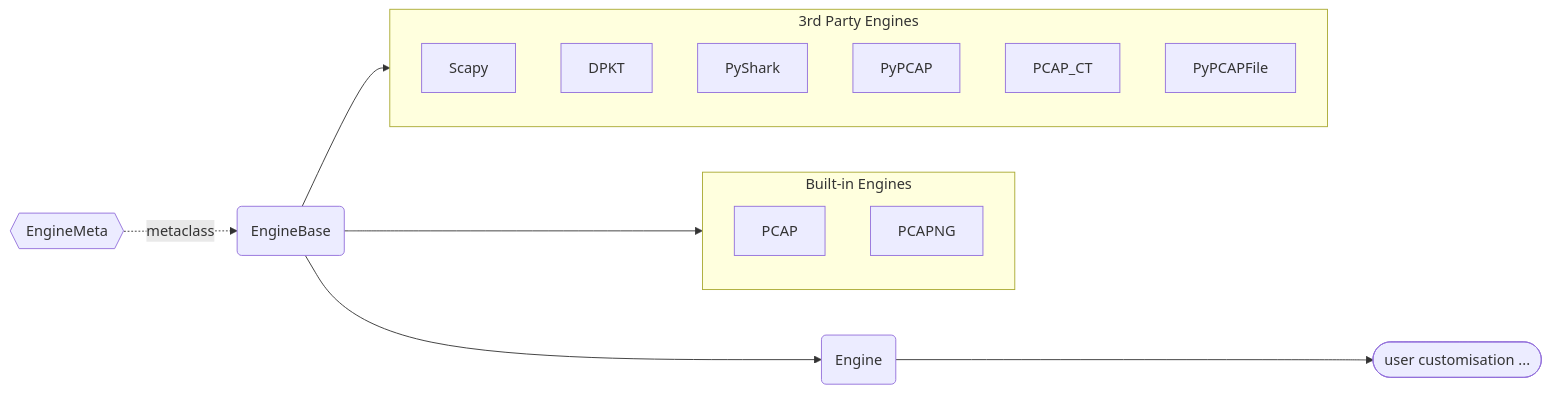
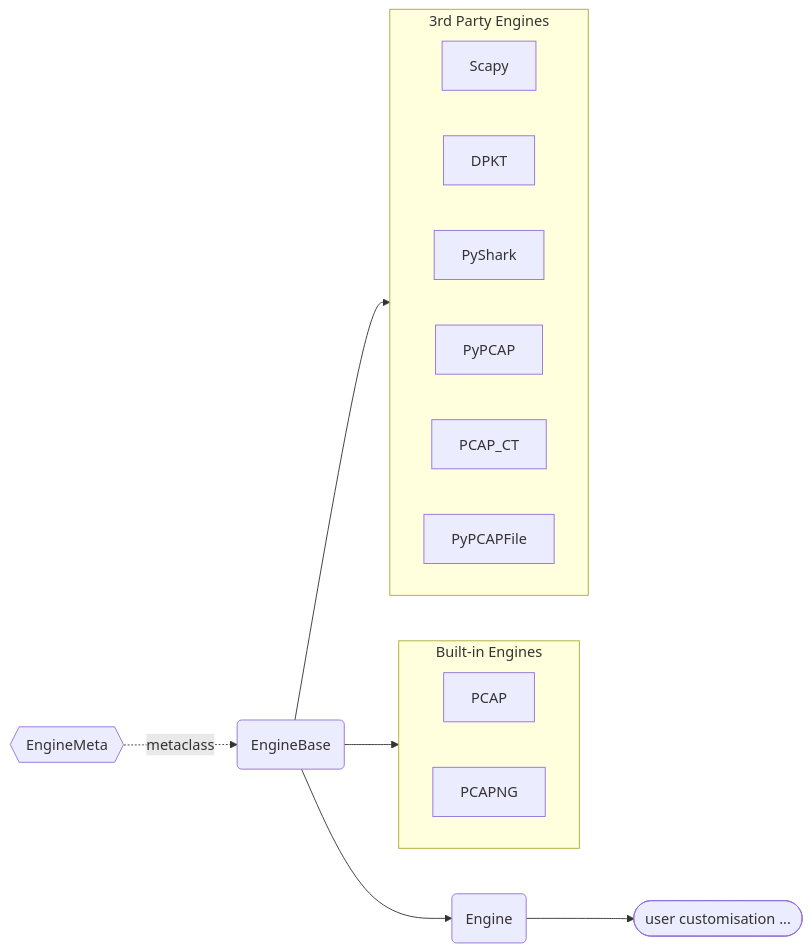
Before and after one commit to JarryShaw/PyPCAPKit: the diagram in docs/source/pcapkit/foundation/engines/index.rst, drawn with Mermaid. The commit also changed 12 other files, not shown here.

First line of the commit message:
docs: make the mermaid diagrams readable

```diff
--- a/docs/source/pcapkit/foundation/engines/index.rst
+++ b/docs/source/pcapkit/foundation/engines/index.rst
@@ -29,42 +29,42 @@
 .. mermaid::
 
    flowchart LR
        A{{EngineMeta}} -.->|metaclass| B(EngineBase)
 
        subgraph built-in [Built-in Engines]
-           %% direction TD
+           direction LR
 
            PCAP
            PCAPNG
        end
        B --> built-in
 
        subgraph third-party [3rd Party Engines]
-           %% direction TD
+           direction LR
 
            Scapy
            DPKT
            PyShark
            PyPCAP
            PCAP_CT
            PyPCAPFile
        end
        B --> third-party
 
        B --> C(Engine)
        C --> D([user customisation ...])
 
-       click A "/pcapkit/foundation/engines/engine.html#pcapkit.foundation.engines.engine.EngineMeta"
-       click B "/pcapkit/foundation/engines/engine.html#pcapkit.foundation.engines.engine.EngineBase"
-       click C "/pcapkit/foundation/engines/engine.html#pcapkit.foundation.engines.engine.Engine"
-       click D "/ext.html#extractor-engines"
+       click A "engine.html#pcapkit.foundation.engines.engine.EngineMeta"
+       click B "engine.html#pcapkit.foundation.engines.engine.EngineBase"
+       click C "engine.html#pcapkit.foundation.engines.engine.Engine"
+       click D "../../../ext.html#extractor-engines"
 
-       click PCAP "/pcapkit/foundation/engines/builtin.html#pcapkit.foundation.engines.pcap.PCAP"
-       click PCAPNG "/pcapkit/foundation/engines/builtin.html#pcapkit.foundation.engines.pcapng.PCAPNG"
+       click PCAP "builtin.html#pcapkit.foundation.engines.pcap.PCAP"
+       click PCAPNG "builtin.html#pcapkit.foundation.engines.pcapng.PCAPNG"
 
-       click Scapy "/pcapkit/foundation/engines/3rdparty.html#pcapkit.foundation.engines.scapy.Scapy"
-       click DPKT "/pcapkit/foundation/engines/3rdparty.html#pcapkit.foundation.engines.dpkt.DPKT"
-       click PyShark "/pcapkit/foundation/engines/3rdparty.html#pcapkit.foundation.engines.pyshark.PyShark"
-       click PyPCAP "/pcapkit/foundation/engines/3rdparty.html#pcapkit.foundation.engines.pypcap.PyPCAP"
-       click PCAP_CT "/pcapkit/foundation/engines/3rdparty.html#pcapkit.foundation.engines.pcap_ct.PCAP_CT"
-       click PyPCAPFile "/pcapkit/foundation/engines/3rdparty.html#pcapkit.foundation.engines.pypcapfile.PyPCAPFile"
+       click Scapy "3rdparty.html#pcapkit.foundation.engines.scapy.Scapy"
+       click DPKT "3rdparty.html#pcapkit.foundation.engines.dpkt.DPKT"
+       click PyShark "3rdparty.html#pcapkit.foundation.engines.pyshark.PyShark"
+       click PyPCAP "3rdparty.html#pcapkit.foundation.engines.pypcap.PyPCAP"
+       click PCAP_CT "3rdparty.html#pcapkit.foundation.engines.pcap_ct.PCAP_CT"
+       click PyPCAPFile "3rdparty.html#pcapkit.foundation.engines.pypcapfile.PyPCAPFile"
```
